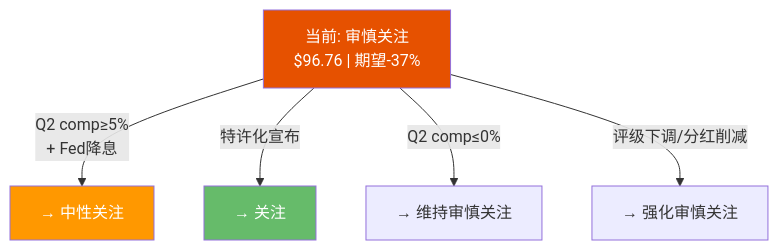
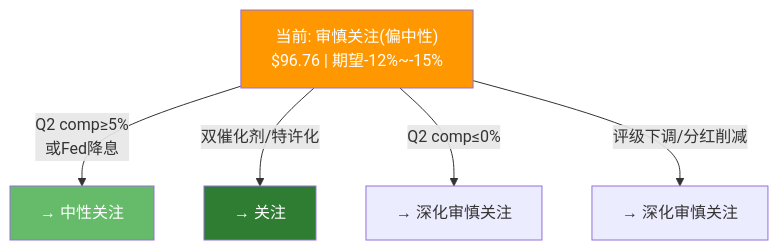
Before and after one commit to miltonnewyork25-afk/investment-master: the second of 2 diagrams in reports/SBUX/staging/P3_Ch18_thermometer.md, drawn with Mermaid. The commit also changed other lines of this file and 7 other files, not shown here.

````diff
--- a/reports/SBUX/staging/P3_Ch18_thermometer.md
+++ b/reports/SBUX/staging/P3_Ch18_thermometer.md
@@ -158,12 +159,12 @@
 ```mermaid
 graph TD
-    CURRENT["当前: 审慎关注<br>$96.76 | 期望-37%"]
-    CURRENT -->|"Q2 comp≥5%<br>+ Fed降息"| UPGRADE["→ 中性关注"]
-    CURRENT -->|"特许化宣布"| UPGRADE2["→ 关注"]
-    CURRENT -->|"Q2 comp≤0%"| MAINTAIN["→ 维持审慎关注"]
-    CURRENT -->|"评级下调/分红削减"| DOWN["→ 强化审慎关注"]
+    CURRENT["当前: 审慎关注(偏中性)<br>$96.76 | 期望-12%~-15%"]
+    CURRENT -->|"Q2 comp≥5%<br>或Fed降息"| UPGRADE["→ 中性关注"]
+    CURRENT -->|"双催化剂/特许化"| UPGRADE2["→ 关注"]
+    CURRENT -->|"Q2 comp≤0%"| DOWN["→ 深化审慎关注"]
+    CURRENT -->|"评级下调/分红削减"| DOWN2["→ 深化审慎关注"]
 
-    style CURRENT fill:#e65100,color:#fff
-    style UPGRADE fill:#ff9800,color:#fff
-    style UPGRADE2 fill:#66bb6a,color:#fff
+    style CURRENT fill:#ff9800,color:#fff
+    style UPGRADE fill:#66bb6a,color:#fff
+    style UPGRADE2 fill:#2e7d32,color:#fff
 ```
````
